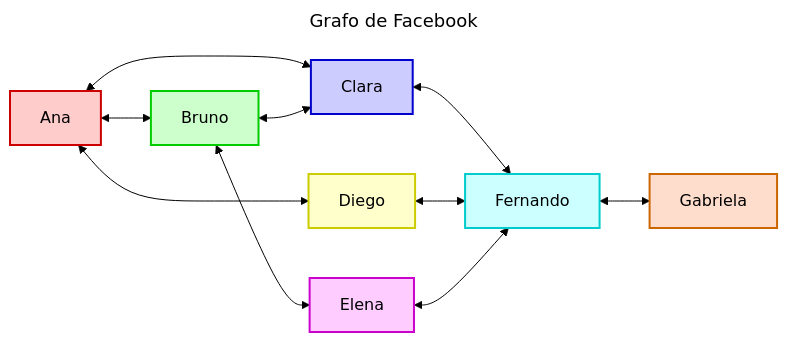
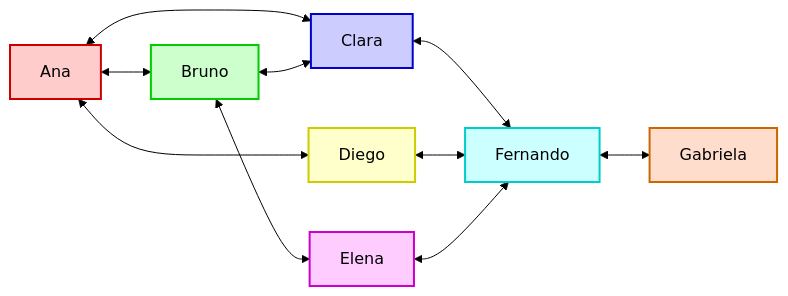
One commit to untref-edd/apuntes changed the diagram in contenidos/3-recuperacion-de-la-informacion/3-8-redes-sociales.md. Above: the diagram before and after it, drawn with Mermaid (forest theme). The commit also changed other lines of this file and 33 other files, not shown here.

````diff
--- a/contenidos/3-recuperacion-de-la-informacion/3-8-redes-sociales.md
+++ b/contenidos/3-recuperacion-de-la-informacion/3-8-redes-sociales.md
@@ -135,32 +135,31 @@
 ```{mermaid}
 ---
 name: grafo-facebook
-title: Grafo de Facebook
 ---
 graph LR
     A[Ana]
     B[Bruno]
     C[Clara]
     D[Diego]
     E[Elena]
     F[Fernando]
     G[Gabriela]
-    
+
     A <--> B
     A <--> C
     A <--> D
     B <--> C
     B <--> E
     C <--> F
     D <--> F
     E <--> F
     F <--> G
-    
+
     style A fill:#ffcccc,stroke:#cc0000,stroke-width:2px
     style B fill:#ccffcc,stroke:#00cc00,stroke-width:2px
     style C fill:#ccccff,stroke:#0000cc,stroke-width:2px
     style D fill:#ffffcc,stroke:#cccc00,stroke-width:2px
     style E fill:#ffccff,stroke:#cc00cc,stroke-width:2px
     style F fill:#ccffff,stroke:#00cccc,stroke-width:2px
     style G fill:#ffddcc,stroke:#cc6600,stroke-width:2px
 ```
````
